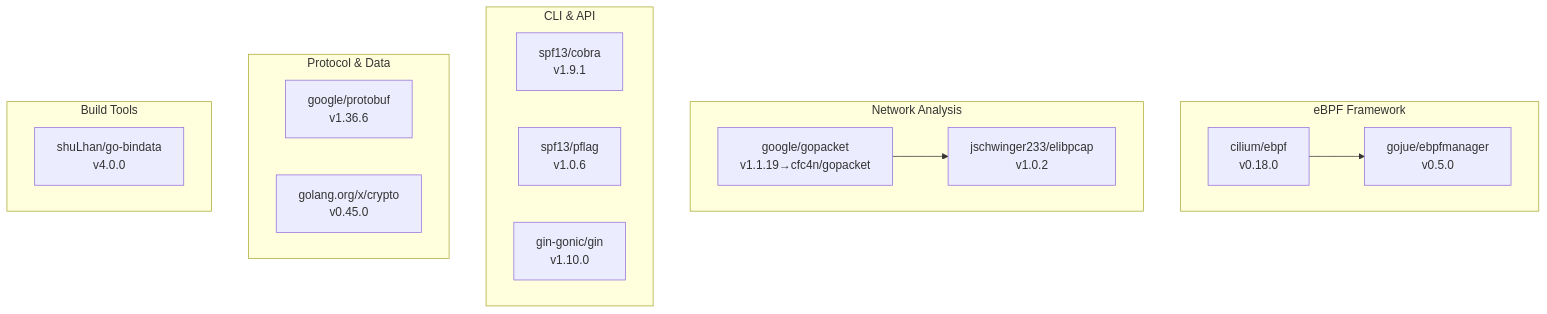
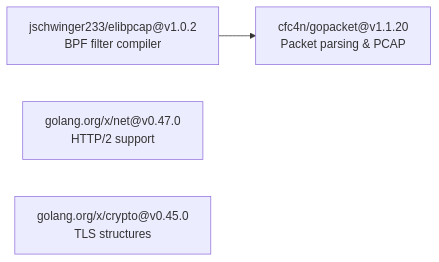
The fifth of 9 diagrams in src/en/1-overview/1.3-dependencies-and-system-requirements.md (gojue/ecapture.cc), drawn with Mermaid before and after one commit. The commit also changed other lines of this file and 70 other files, not shown here.

Commit message:
feat: update sidebar and navigation links for architecture and shell command auditing sections

````diff
--- a/src/en/1-overview/1.3-dependencies-and-system-requirements.md
+++ b/src/en/1-overview/1.3-dependencies-and-system-requirements.md
@@ -210,30 +256,9 @@
 ```mermaid
-graph TB
-    subgraph "eBPF Framework"
-        EBPF["cilium/ebpf<br/>v0.18.0"]
-        EBPFMGR["gojue/ebpfmanager<br/>v0.5.0"]
-    end
+graph LR
+    GOPACKET["cfc4n/gopacket@v1.1.20<br/>Packet parsing & PCAP"]
+    ELIBPCAP["jschwinger233/elibpcap@v1.0.2<br/>BPF filter compiler"]
+    NETPKG["golang.org/x/net@v0.47.0<br/>HTTP/2 support"]
+    CRYPTO["golang.org/x/crypto@v0.45.0<br/>TLS structures"]
     
-    subgraph "Network Analysis"
-        GOPACKET["google/gopacket<br/>v1.1.19→cfc4n/gopacket"]
-        ELIBPCAP["jschwinger233/elibpcap<br/>v1.0.2"]
-    end
-    
-    subgraph "CLI & API"
-        COBRA["spf13/cobra<br/>v1.9.1"]
-        PFLAG["spf13/pflag<br/>v1.0.6"]
-        GIN["gin-gonic/gin<br/>v1.10.0"]
-    end
-    
-    subgraph "Protocol & Data"
-        PROTOBUF["google/protobuf<br/>v1.36.6"]
-        CRYPTO["golang.org/x/crypto<br/>v0.45.0"]
-    end
-    
-    subgraph "Build Tools"
-        BINDATA["shuLhan/go-bindata<br/>v4.0.0"]
-    end
-    
-    EBPF --> EBPFMGR
-    GOPACKET --> ELIBPCAP
+    ELIBPCAP --> GOPACKET
 ```
````
